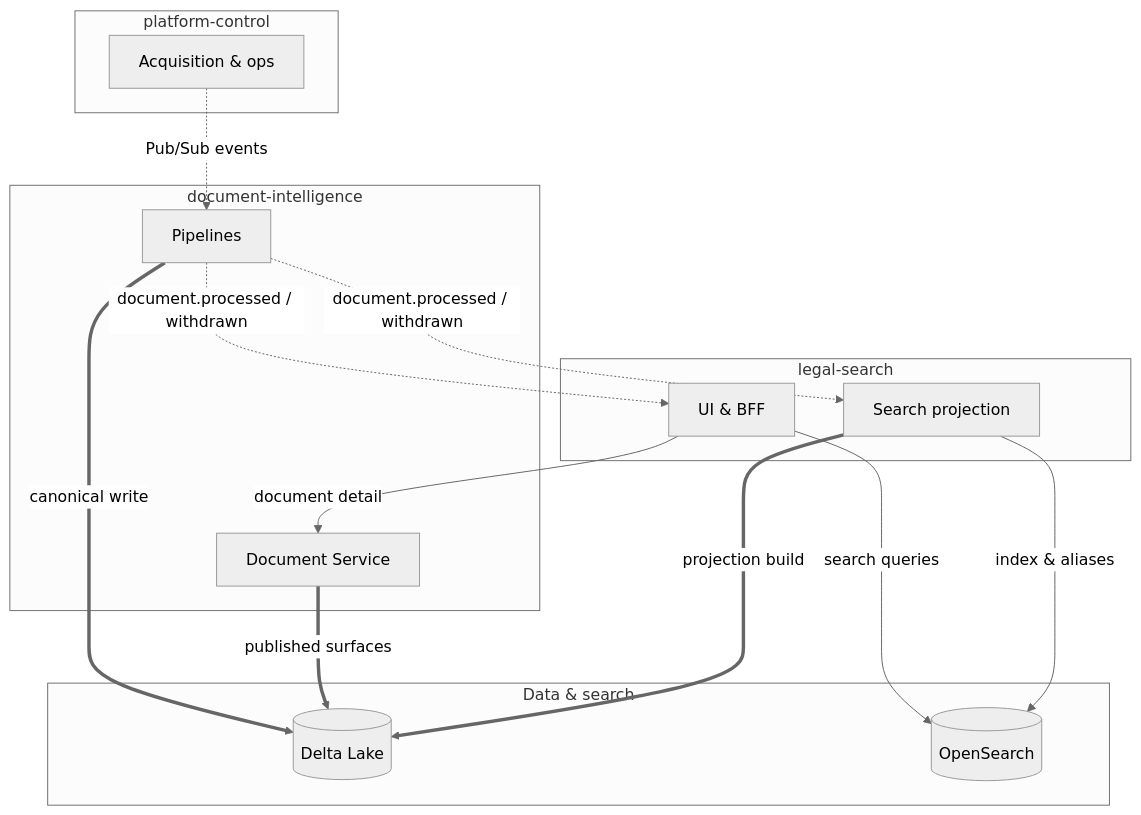
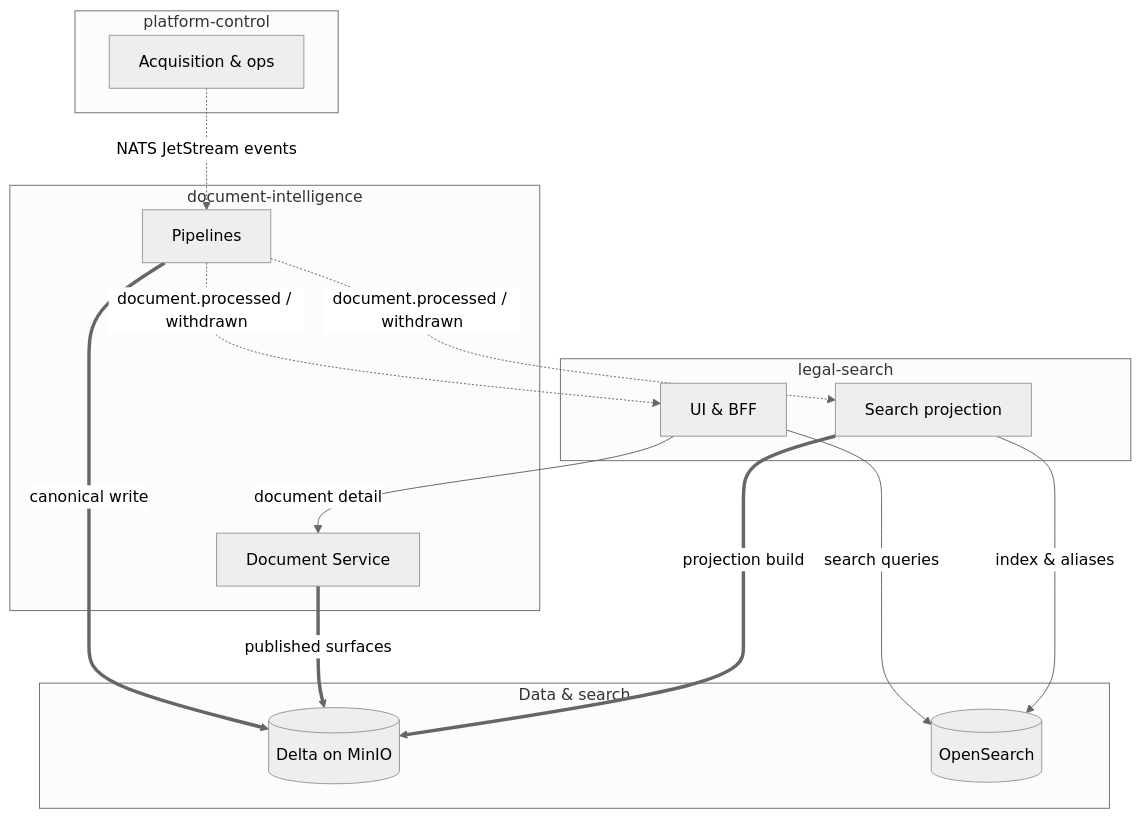
The diagram in docs/architecture/system-context.md (philipplukas/evidara), drawn with Mermaid before and after one commit. The commit also changed other lines of this file and 12 other files, not shown here.

````diff
--- a/docs/architecture/system-context.md
+++ b/docs/architecture/system-context.md
@@ -69,29 +69,29 @@
 ```mermaid
 %%{init: {'theme': 'neutral'}}%%
 flowchart TB
   subgraph PC["platform-control"]
     P[Acquisition & ops]
   end
   subgraph DI["document-intelligence"]
     D[Pipelines]
     DS[Document Service]
   end
   subgraph LS["legal-search"]
     UI[UI & BFF]
     IDX[Search projection]
   end
   subgraph stores["Data & search"]
-    DL[("Delta Lake")]
+    DL[("Delta on MinIO")]
     OS[("OpenSearch")]
   end
 
-  P -.->|Pub/Sub events| D
+  P -.->|NATS JetStream events| D
   D ==>|canonical write| DL
   D -.->|document.processed / withdrawn| UI
   D -.->|document.processed / withdrawn| IDX
   UI -->|document detail| DS
   DS ==>|published surfaces| DL
   IDX ==>|projection build| DL
   UI -->|search queries| OS
   IDX -->|index & aliases| OS
 ```
````
